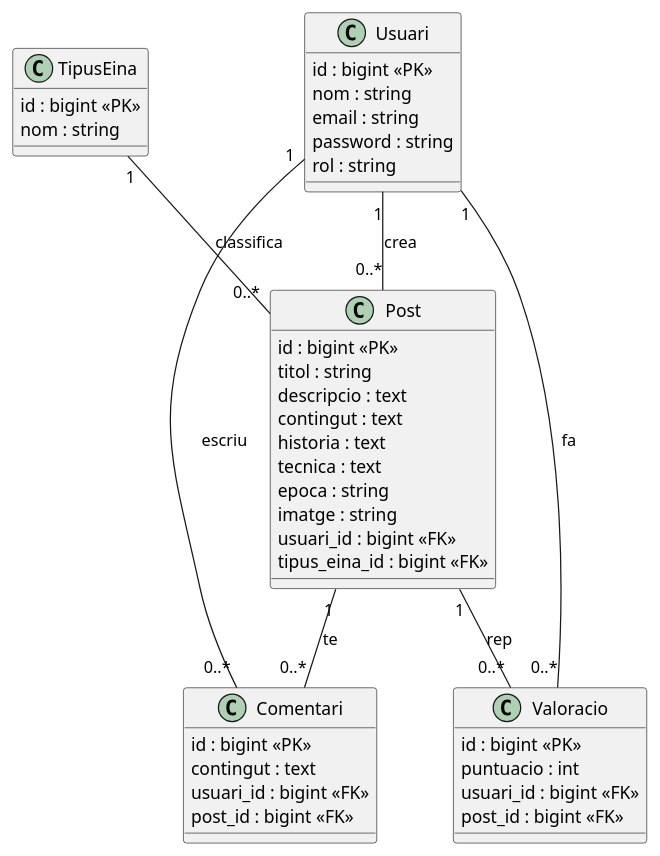
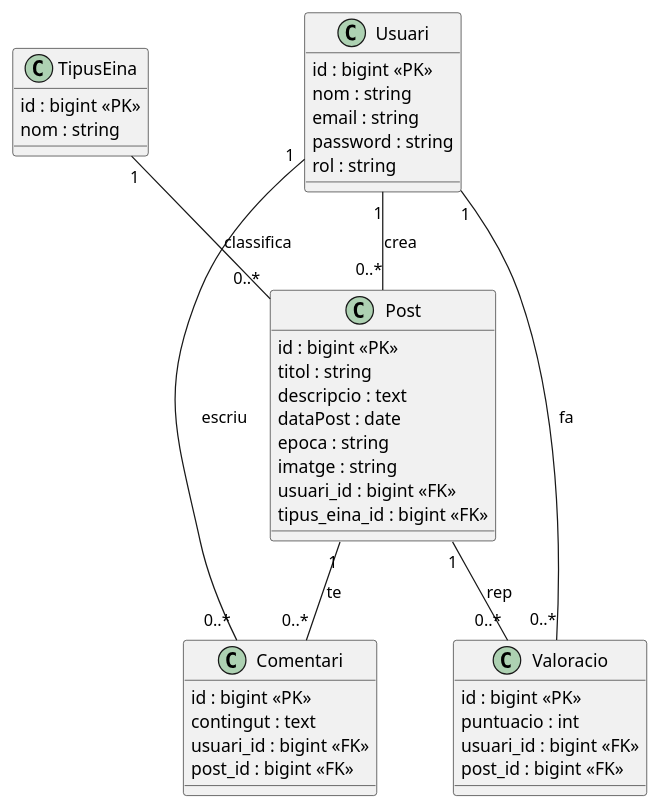
Before and after one commit to agarcia-icv/projecte-final: the diagram in docs/03_modelConceptual.puml, drawn with PlantUML.

Commit message:
03_modelConceptual.puml Actualitzat

```diff
--- a/docs/03_modelConceptual.puml
+++ b/docs/03_modelConceptual.puml
@@ -1,52 +1,49 @@
-@startuml
+@startuml Wiki sobre eines de forja
 
 class Usuari {
   id : bigint <<PK>>
   nom : string
   email : string
   password : string
   rol : string 
 }
 
-
 class Post {
   id : bigint <<PK>>
   titol : string
   descripcio : text
-  contingut : text
-  historia : text
-  tecnica : text
+  dataPost : date
   epoca : string
   imatge : string
   usuari_id : bigint <<FK>>
   tipus_eina_id : bigint <<FK>>
 }
 
 class Comentari {
   id : bigint <<PK>>
   contingut : text
   usuari_id : bigint <<FK>>
   post_id : bigint <<FK>>
 }
 
 class Valoracio {
   id : bigint <<PK>>
   puntuacio : int
   usuari_id : bigint <<FK>>
   post_id : bigint <<FK>>
 }
 
 class TipusEina {
   id : bigint <<PK>>
   nom : string
 }
 
 Usuari "1" -- "0..*" Post : crea
 Usuari "1" -- "0..*" Comentari : escriu
 Usuari "1" -- "0..*" Valoracio : fa
 Post "1" -- "0..*" Comentari : te
 Post "1" -- "0..*" Valoracio : rep
 
 TipusEina "1" -- "0..*" Post : classifica
 
 @enduml
```
